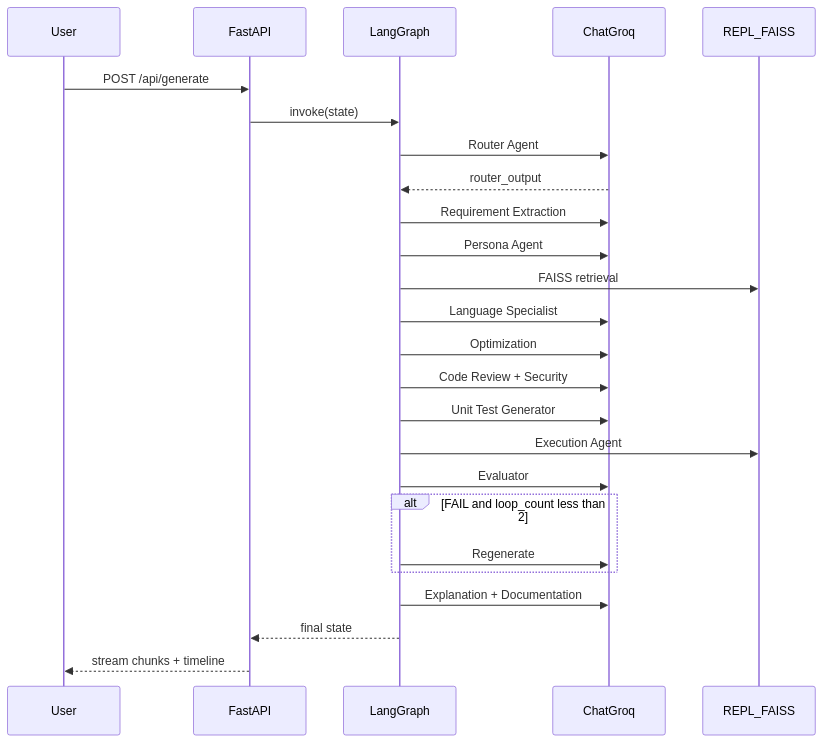
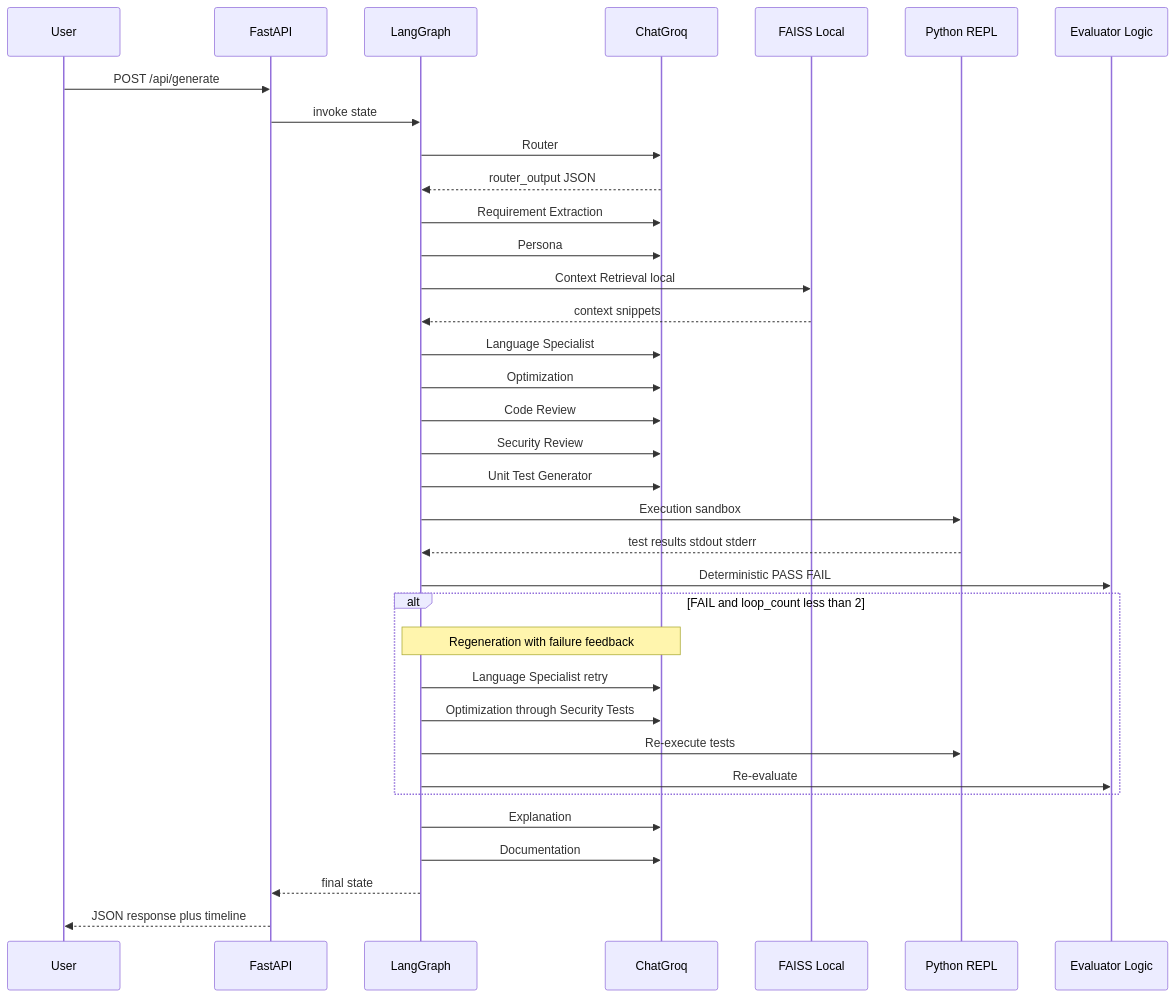
Before and after one commit to amarmalakar/IIT_ROORKEE_HACKATHON: the third of 5 diagrams in docs/architecture.md, drawn with Mermaid. The commit also changed other lines of this file and 17 other files, not shown here.

````diff
--- a/docs/architecture.md
+++ b/docs/architecture.md
@@ -51,28 +102,38 @@
 ```mermaid
 sequenceDiagram
     participant User
     participant API as FastAPI
     participant Graph as LangGraph
     participant LLM as ChatGroq
-    participant Tools as REPL_FAISS
+    participant FAISS as FAISS Local
+    participant REPL as Python REPL
+    participant Eval as Evaluator Logic
 
     User->>API: POST /api/generate
-    API->>Graph: invoke(state)
-    Graph->>LLM: Router Agent
-    LLM-->>Graph: router_output
+    API->>Graph: invoke state
+    Graph->>LLM: Router
+    LLM-->>Graph: router_output JSON
     Graph->>LLM: Requirement Extraction
-    Graph->>LLM: Persona Agent
-    Graph->>Tools: FAISS retrieval
+    Graph->>LLM: Persona
+    Graph->>FAISS: Context Retrieval local
+    FAISS-->>Graph: context snippets
     Graph->>LLM: Language Specialist
     Graph->>LLM: Optimization
-    Graph->>LLM: Code Review + Security
+    Graph->>LLM: Code Review
+    Graph->>LLM: Security Review
     Graph->>LLM: Unit Test Generator
-    Graph->>Tools: Execution Agent
-    Graph->>LLM: Evaluator
+    Graph->>REPL: Execution sandbox
+    REPL-->>Graph: test results stdout stderr
+    Graph->>Eval: Deterministic PASS FAIL
     alt FAIL and loop_count less than 2
-        Graph->>LLM: Regenerate
+        Note over Graph,LLM: Regeneration with failure feedback
+        Graph->>LLM: Language Specialist retry
+        Graph->>LLM: Optimization through Security Tests
+        Graph->>REPL: Re-execute tests
+        Graph->>Eval: Re-evaluate
     end
-    Graph->>LLM: Explanation + Documentation
+    Graph->>LLM: Explanation
+    Graph->>LLM: Documentation
     Graph-->>API: final state
-    API-->>User: stream chunks + timeline
+    API-->>User: JSON response plus timeline
 ```
````
